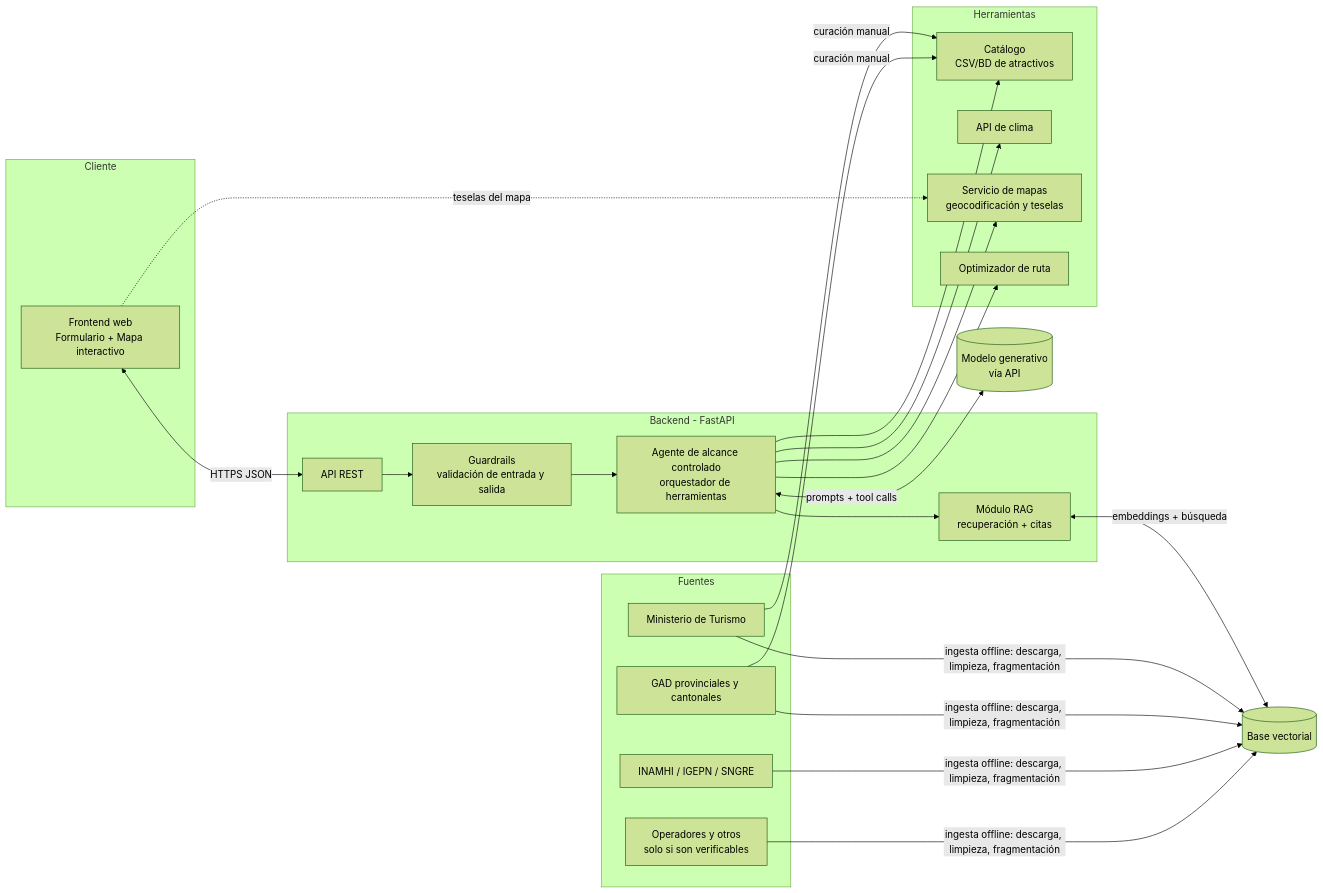
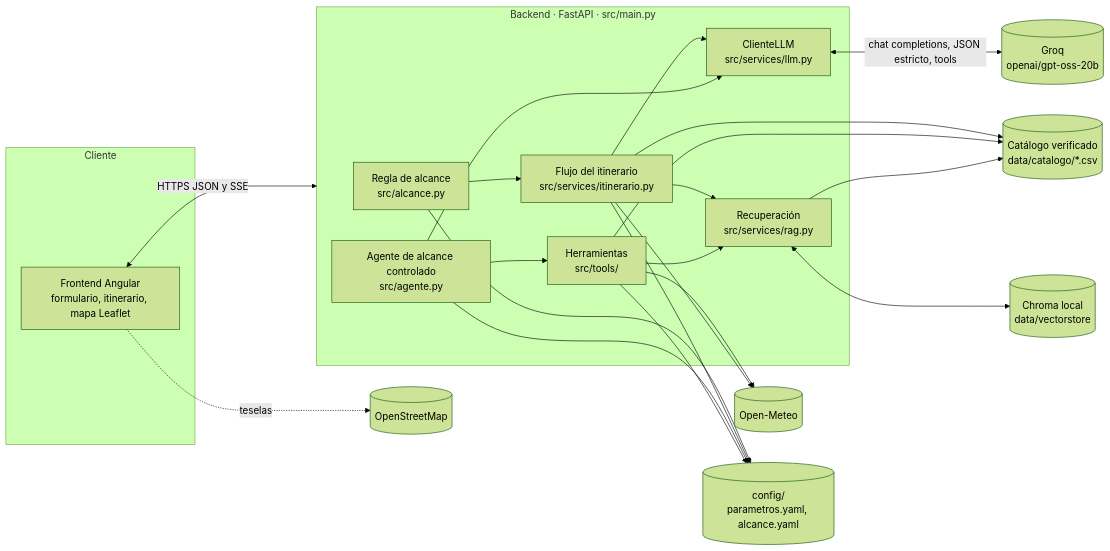
The first of 3 diagrams in docs/03-arquitectura.md (Santy01/PlanificadorTuristico.Api), drawn with Mermaid (forest theme) before and after one commit. The commit also changed other lines of this file and 3 other files, not shown here.

````diff
--- a/docs/03-arquitectura.md
+++ b/docs/03-arquitectura.md
@@ -7,45 +8,36 @@
 ```mermaid
 flowchart LR
     subgraph Cliente
-        FE[Frontend web<br/>Formulario + Mapa interactivo]
+        FE[Frontend Angular<br/>formulario, itinerario, mapa Leaflet]
     end
 
-    subgraph Backend[Backend - FastAPI]
-        API[API REST]
-        AG[Agente de alcance controlado<br/>orquestador de herramientas]
-        GR[Guardrails<br/>validación de entrada y salida]
-        RAG[Módulo RAG<br/>recuperación + citas]
+    subgraph Backend[Backend · FastAPI · src/main.py]
+        AL[Regla de alcance<br/>src/alcance.py]
+        IT[Flujo del itinerario<br/>src/services/itinerario.py]
+        AG[Agente de alcance controlado<br/>src/agente.py]
+        RAG[Recuperación<br/>src/services/rag.py]
+        LLMS[ClienteLLM<br/>src/services/llm.py]
+        TOOLS[Herramientas<br/>src/tools/]
     end
 
-    LLM[(Modelo generativo<br/>vía API)]
-    VDB[(Base vectorial)]
+    GROQ[(Groq<br/>openai/gpt-oss-20b)]
+    CHROMA[(Chroma local<br/>data/vectorstore)]
+    METEO[(Open-Meteo)]
+    CAT[(Catálogo verificado<br/>data/catalogo/*.csv)]
+    CFG[(config/<br/>parametros.yaml, alcance.yaml)]
 
-    subgraph Herramientas
-        T1[Catálogo<br/>CSV/BD de atractivos]
-        T2[API de clima]
-        T3[Servicio de mapas<br/>geocodificación y teselas]
-        T4[Optimizador de ruta]
-    end
-
-    subgraph Fuentes
-        F1[Ministerio de Turismo]
-        F2[GAD provinciales y cantonales]
-        F3[INAMHI / IGEPN / SNGRE]
-        F4[Operadores y otros<br/>solo si son verificables]
-    end
-
-    FE <-->|HTTPS JSON| API
-    API --> GR
-    GR --> AG
-    AG <-->|prompts + tool calls| LLM
-    AG --> RAG
-    RAG <-->|embeddings + búsqueda| VDB
-    AG --> T1
-    AG --> T2
-    AG --> T3
-    AG --> T4
-    FE -.->|teselas del mapa| T3
-
-    F1 & F2 & F3 & F4 -->|ingesta offline: descarga, limpieza, fragmentación| VDB
-    F1 & F2 -->|curación manual| T1
+    FE <-->|HTTPS JSON y SSE| Backend
+    AL --> IT
+    IT --> RAG
+    IT --> LLMS
+    AG --> LLMS
+    AG --> TOOLS
+    TOOLS --> RAG
+    TOOLS --> METEO
+    IT --> METEO
+    LLMS <-->|chat completions, JSON estricto, tools| GROQ
+    RAG <--> CHROMA
+    IT & TOOLS & RAG --> CAT
+    AL & IT & AG & TOOLS --> CFG
+    FE -.->|teselas| OSM[(OpenStreetMap)]
 ```
````
